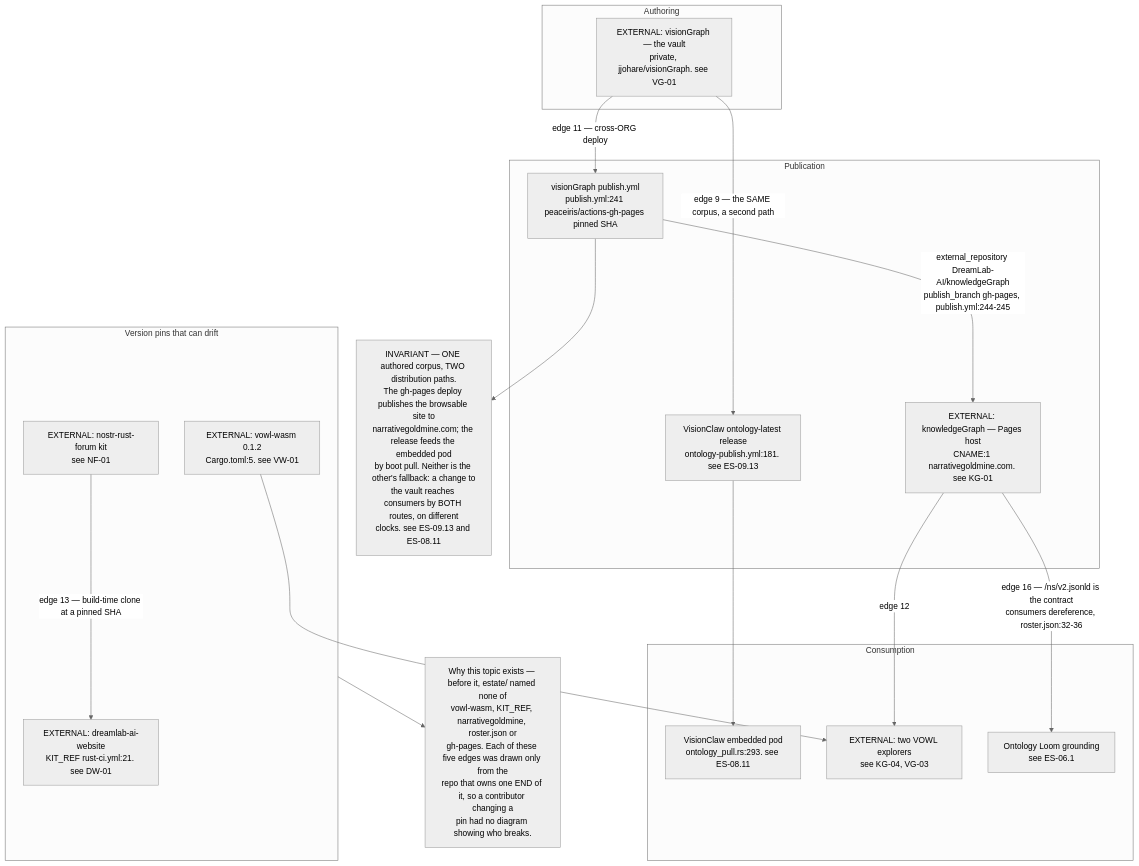
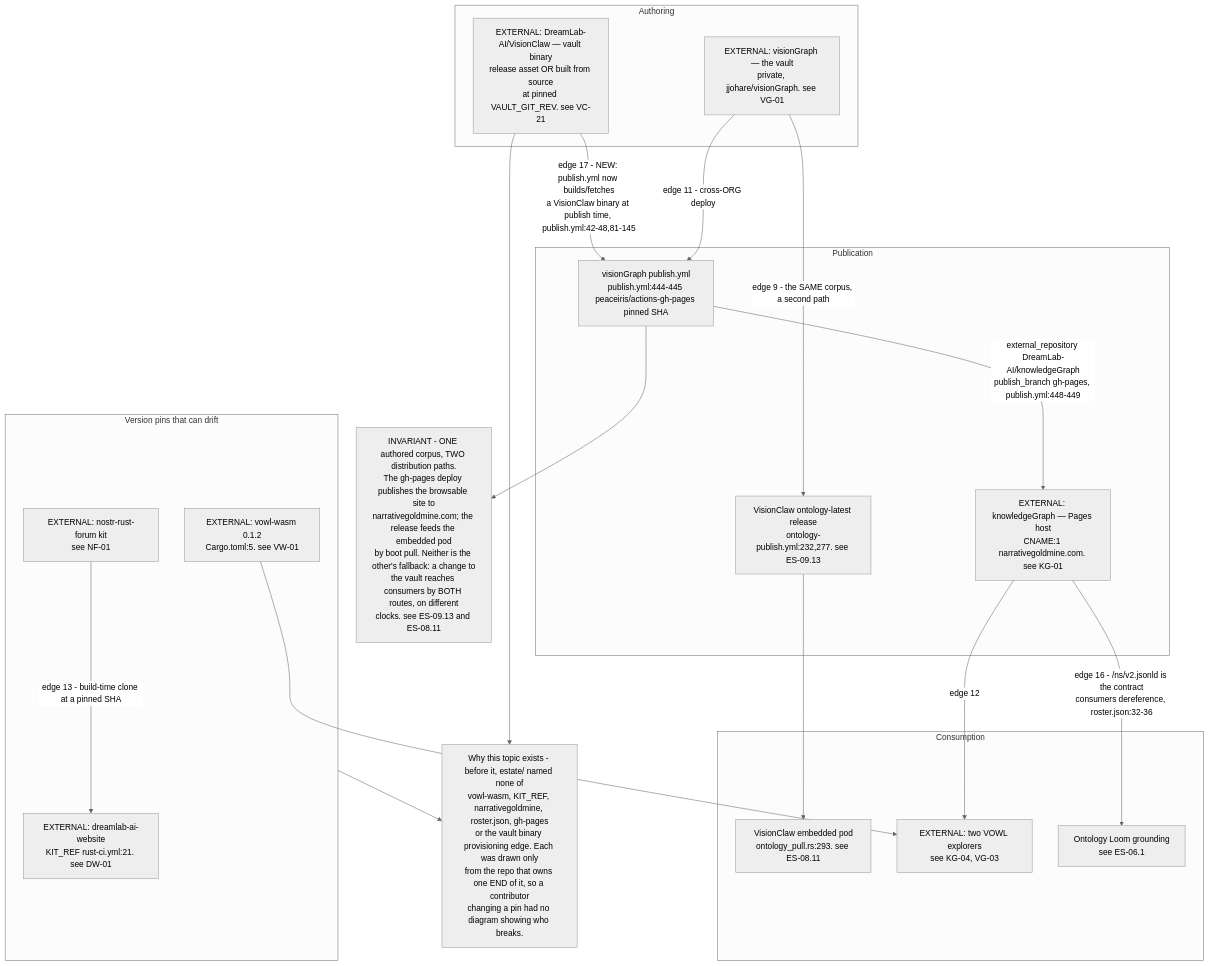
One commit to DreamLab-AI/VisionFlow changed the first of 5 diagrams in docs/diagrams/estate/11-publishing-axis.md. Above: the diagram before and after it, drawn with Mermaid (neutral theme). The commit also changed other lines of this file and 136 other files, not shown here.

First line of the commit message:
docs(diagrams): refresh the whole corpus to code HEAD and prune low-value diagrams

````diff
--- a/docs/diagrams/estate/11-publishing-axis.md
+++ b/docs/diagrams/estate/11-publishing-axis.md
@@ -25,36 +25,39 @@
 ```mermaid
 flowchart TB
     subgraph AUTHOR["Authoring"]
         VG["EXTERNAL: visionGraph — the vault<br/>private, jjohare/visionGraph. see VG-01"]
+        VC["EXTERNAL: DreamLab-AI/VisionClaw — vault binary<br/>release asset OR built from source<br/>at pinned VAULT_GIT_REV. see VC-21"]
     end
     subgraph PUB["Publication"]
-        PUBYML["visionGraph publish.yml<br/>publish.yml:241 peaceiris/actions-gh-pages pinned SHA"]
+        PUBYML["visionGraph publish.yml<br/>publish.yml:444-445 peaceiris/actions-gh-pages pinned SHA"]
         KG["EXTERNAL: knowledgeGraph — Pages host<br/>CNAME:1 narrativegoldmine.com. see KG-01"]
-        REL["VisionClaw ontology-latest release<br/>ontology-publish.yml:181. see ES-09.13"]
+        REL["VisionClaw ontology-latest release<br/>ontology-publish.yml:232,277. see ES-09.13"]
     end
     subgraph CONSUME["Consumption"]
         POD["VisionClaw embedded pod<br/>ontology_pull.rs:293. see ES-08.11"]
         EXPL["EXTERNAL: two VOWL explorers<br/>see KG-04, VG-03"]
         LOOM["Ontology Loom grounding<br/>see ES-06.1"]
     end
     subgraph PINS["Version pins that can drift"]
         VW["EXTERNAL: vowl-wasm 0.1.2<br/>Cargo.toml:5. see VW-01"]
         NF["EXTERNAL: nostr-rust-forum kit<br/>see NF-01"]
         DW["EXTERNAL: dreamlab-ai-website<br/>KIT_REF rust-ci.yml:21. see DW-01"]
     end
 
-    VG -->|"edge 11 — cross-ORG deploy"| PUBYML
-    PUBYML -->|"external_repository DreamLab-AI/knowledgeGraph<br/>publish_branch gh-pages, publish.yml:244-245"| KG
-    VG -->|"edge 9 — the SAME corpus, a second path"| REL
+    VC -->|"edge 17 - NEW: publish.yml now builds/fetches<br/>a VisionClaw binary at publish time, publish.yml:42-48,81-145"| PUBYML
+    VG -->|"edge 11 - cross-ORG deploy"| PUBYML
+    PUBYML -->|"external_repository DreamLab-AI/knowledgeGraph<br/>publish_branch gh-pages, publish.yml:448-449"| KG
+    VG -->|"edge 9 - the SAME corpus, a second path"| REL
     REL --> POD
-    KG -->|"edge 16 — /ns/v2.jsonld is the contract<br/>consumers dereference, roster.json:32-36"| LOOM
+    KG -->|"edge 16 - /ns/v2.jsonld is the contract<br/>consumers dereference, roster.json:32-36"| LOOM
     KG -->|"edge 12"| EXPL
     VW --> EXPL
-    NF -->|"edge 13 — build-time clone at a pinned SHA"| DW
+    NF -->|"edge 13 - build-time clone at a pinned SHA"| DW
 
-    INV["INVARIANT — ONE authored corpus, TWO distribution paths.<br/>The gh-pages deploy publishes the browsable site to<br/>narrativegoldmine.com; the release feeds the embedded pod<br/>by boot pull. Neither is the other's fallback: a change to<br/>the vault reaches consumers by BOTH routes, on different<br/>clocks. see ES-09.13 and ES-08.11"]
-    GAP["Why this topic exists — before it, estate/ named none of<br/>vowl-wasm, KIT_REF, narrativegoldmine, roster.json or<br/>gh-pages. Each of these five edges was drawn only from the<br/>repo that owns one END of it, so a contributor changing a<br/>pin had no diagram showing who breaks."]
+    INV["INVARIANT - ONE authored corpus, TWO distribution paths.<br/>The gh-pages deploy publishes the browsable site to<br/>narrativegoldmine.com; the release feeds the embedded pod<br/>by boot pull. Neither is the other's fallback: a change to<br/>the vault reaches consumers by BOTH routes, on different<br/>clocks. see ES-09.13 and ES-08.11"]
+    GAP["Why this topic exists - before it, estate/ named none of<br/>vowl-wasm, KIT_REF, narrativegoldmine, roster.json, gh-pages<br/>or the vault binary provisioning edge. Each was drawn only<br/>from the repo that owns one END of it, so a contributor<br/>changing a pin had no diagram showing who breaks."]
 
     PUBYML --> INV
     PINS --> GAP
+    VC --> GAP
 ```
````
